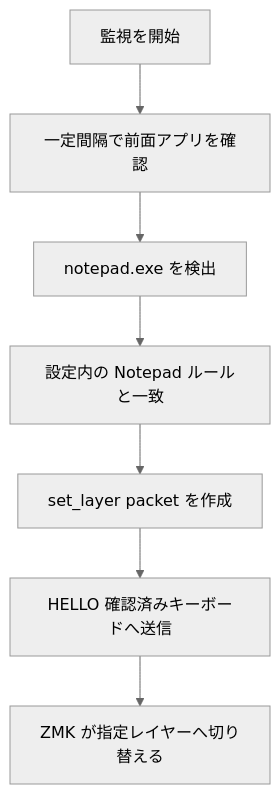
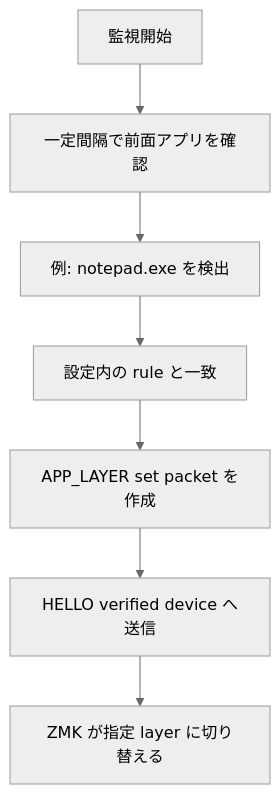
One commit to hrmt-lab/Keylink-Studio changed the third of 3 diagrams in docs/technology-overview.md. Above: the diagram before and after it, drawn with Mermaid (neutral theme). The commit also changed other lines of this file and 30 other files, not shown here.

````diff
--- a/docs/technology-overview.md
+++ b/docs/technology-overview.md
@@ -222,9 +179,9 @@
 ```mermaid
 flowchart TD
-    A["監視を開始"] --> B["一定間隔で前面アプリを確認"]
-    B --> C["notepad.exe を検出"]
-    C --> D["設定内の Notepad ルールと一致"]
-    D --> E["set_layer packet を作成"]
-    E --> F["HELLO 確認済みキーボードへ送信"]
-    F --> G["ZMK が指定レイヤーへ切り替える"]
+    A["監視開始"] --> B["一定間隔で前面アプリを確認"]
+    B --> C["例: notepad.exe を検出"]
+    C --> D["設定内の rule と一致"]
+    D --> E["APP_LAYER set packet を作成"]
+    E --> F["HELLO verified device へ送信"]
+    F --> G["ZMK が指定 layer に切り替える"]
 ```
````
